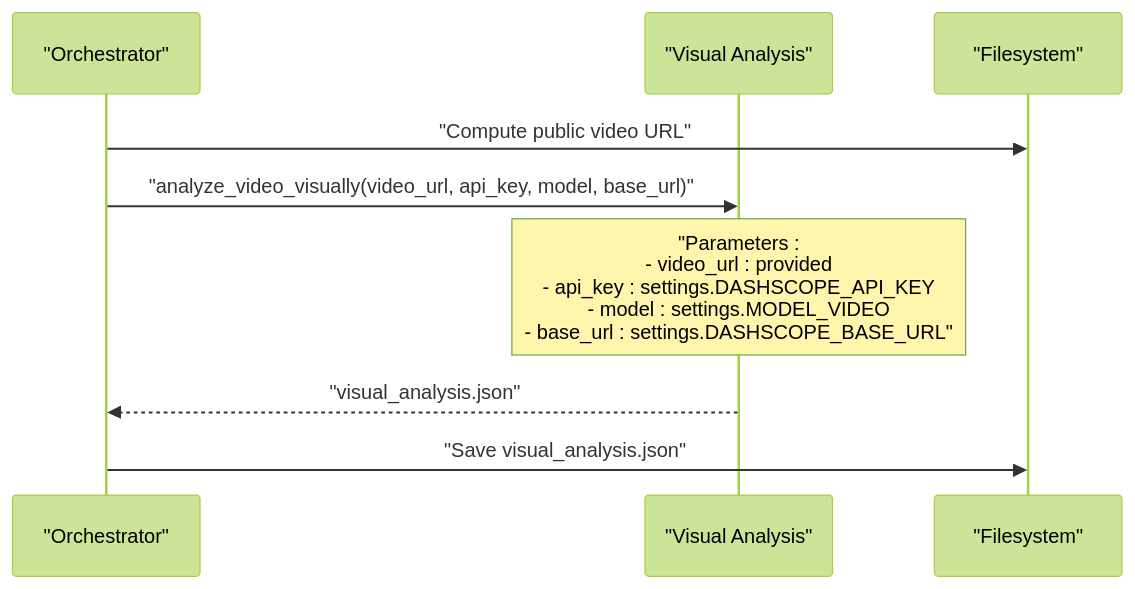
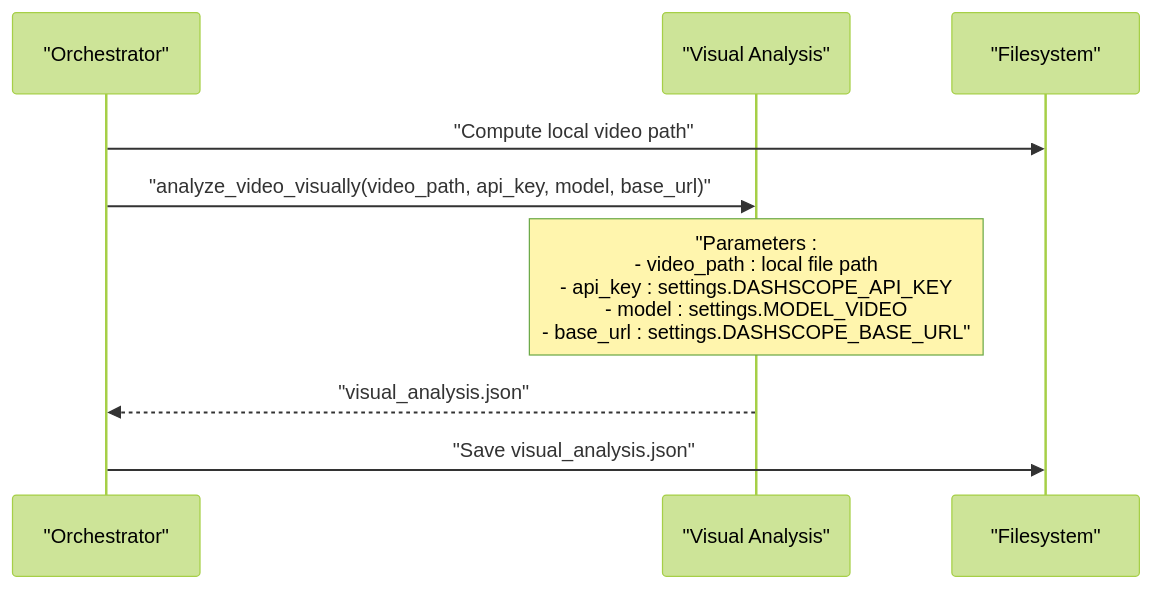
Before and after one commit to alexandreybasta-cyber/dubai-media-ai: the fifth of 7 diagrams in .qoder/repowiki/en/content/Media Processing Pipeline/Visual Analysis Stage.md, drawn with Mermaid (forest theme). The commit also changed other lines of this file and 48 other files, not shown here.

````diff
--- a/.qoder/repowiki/en/content/Media Processing Pipeline/Visual Analysis Stage.md
+++ b/.qoder/repowiki/en/content/Media Processing Pipeline/Visual Analysis Stage.md
@@ -208,11 +269,11 @@
 ```mermaid
 sequenceDiagram
 participant Orchestrator as "Orchestrator"
 participant VA as "Visual Analysis"
 participant FS as "Filesystem"
-Orchestrator->>FS : "Compute public video URL"
-Orchestrator->>VA : "analyze_video_visually(video_url, api_key, model, base_url)"
-Note over VA : "Parameters : <br/>- video_url : provided<br/>- api_key : settings.DASHSCOPE_API_KEY<br/>- model : settings.MODEL_VIDEO<br/>- base_url : settings.DASHSCOPE_BASE_URL"
+Orchestrator->>FS : "Compute local video path"
+Orchestrator->>VA : "analyze_video_visually(video_path, api_key, model, base_url)"
+Note over VA : "Parameters : <br/>- video_path : local file path<br/>- api_key : settings.DASHSCOPE_API_KEY<br/>- model : settings.MODEL_VIDEO<br/>- base_url : settings.DASHSCOPE_BASE_URL"
 VA-->>Orchestrator : "visual_analysis.json"
 Orchestrator->>FS : "Save visual_analysis.json"
 ```
````
